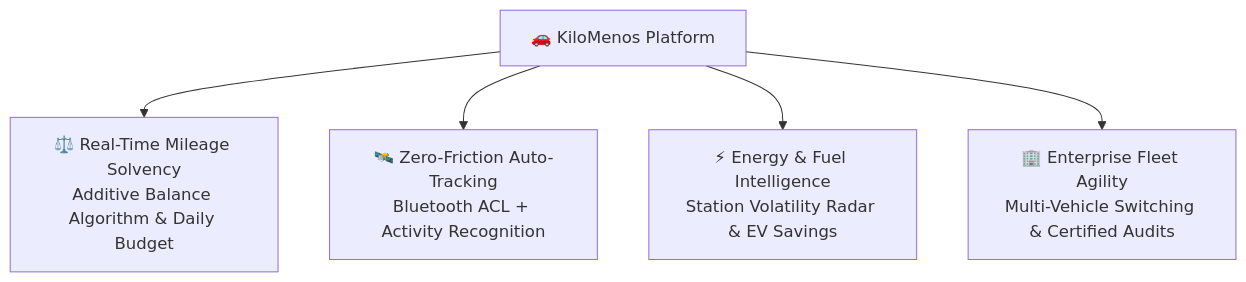
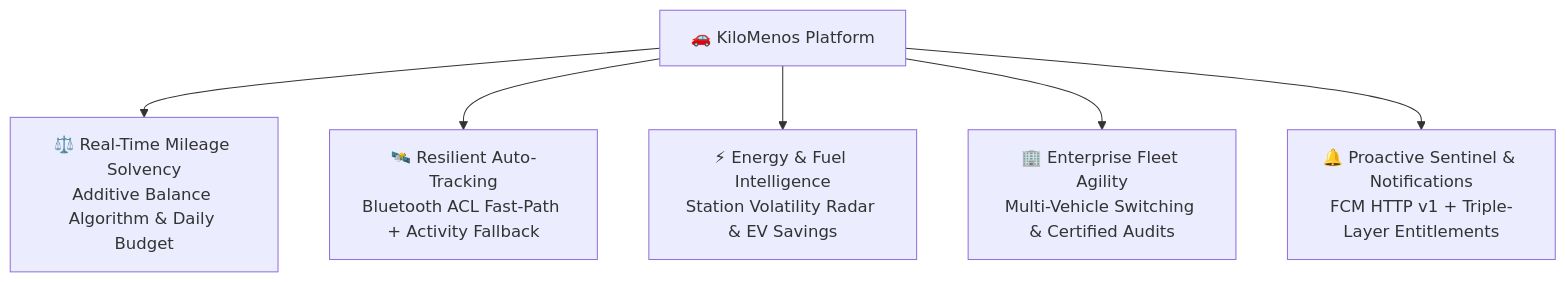
One commit to joshluq/kilomenos-android changed the first of 2 diagrams in README.md. Above: the diagram before and after it, drawn with Mermaid. The commit also changed other lines of this file, not shown here.

Commit message:
docs: update README with v0.2.5 architecture, new modules, and recent feature engines

````diff
--- a/README.md
+++ b/README.md
@@ -18,7 +19,8 @@
 ```mermaid
 graph TD
     A["🚗 KiloMenos Platform"] --> B["⚖️ Real-Time Mileage Solvency<br/>Additive Balance Algorithm & Daily Budget"]
-    A --> C["🛰️ Zero-Friction Auto-Tracking<br/>Bluetooth ACL + Activity Recognition"]
+    A --> C["🛰️ Resilient Auto-Tracking<br/>Bluetooth ACL Fast-Path + Activity Fallback"]
     A --> D["⚡ Energy & Fuel Intelligence<br/>Station Volatility Radar & EV Savings"]
     A --> E["🏢 Enterprise Fleet Agility<br/>Multi-Vehicle Switching & Certified Audits"]
+    A --> F["🔔 Proactive Sentinel & Notifications<br/>FCM HTTP v1 + Triple-Layer Entitlements"]
 ```
````
